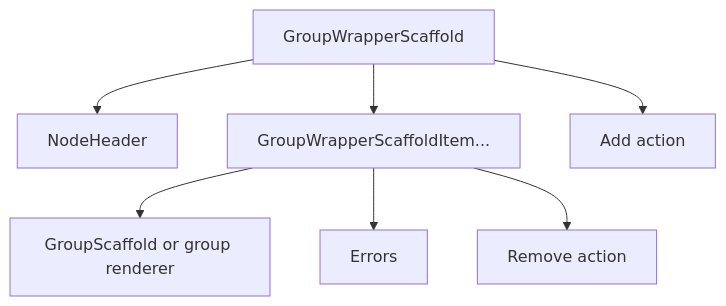
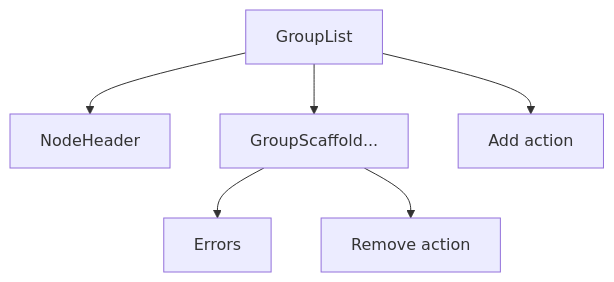
The second of 2 diagrams in packages/theme/README.md (HealthSamurai/aidbox-forms-renderer), drawn with Mermaid before and after one commit. The commit also changed other lines of this file and 76 other files, not shown here.

Commit message:
Refactor group components to use GroupList and improve conditional rendering

````diff
--- a/packages/theme/README.md
+++ b/packages/theme/README.md
@@ -130,9 +129,8 @@
 ```mermaid
 flowchart TD
-  GWS[GroupWrapperScaffold] --> GWH[NodeHeader]
-  GWS --> GWItems[GroupWrapperScaffoldItem...]
-  GWItems --> GS[GroupScaffold or group renderer]
-  GWItems --> GWE[Errors]
-  GWItems --> GWR[Remove action]
-  GWS --> GWAdd[Add action]
+  GLS[GroupList] --> GLH[NodeHeader]
+  GLS --> GS[GroupScaffold...]
+  GS --> GSE[Errors]
+  GS --> GSR[Remove action]
+  GLS --> GLAdd[Add action]
 ```
````
